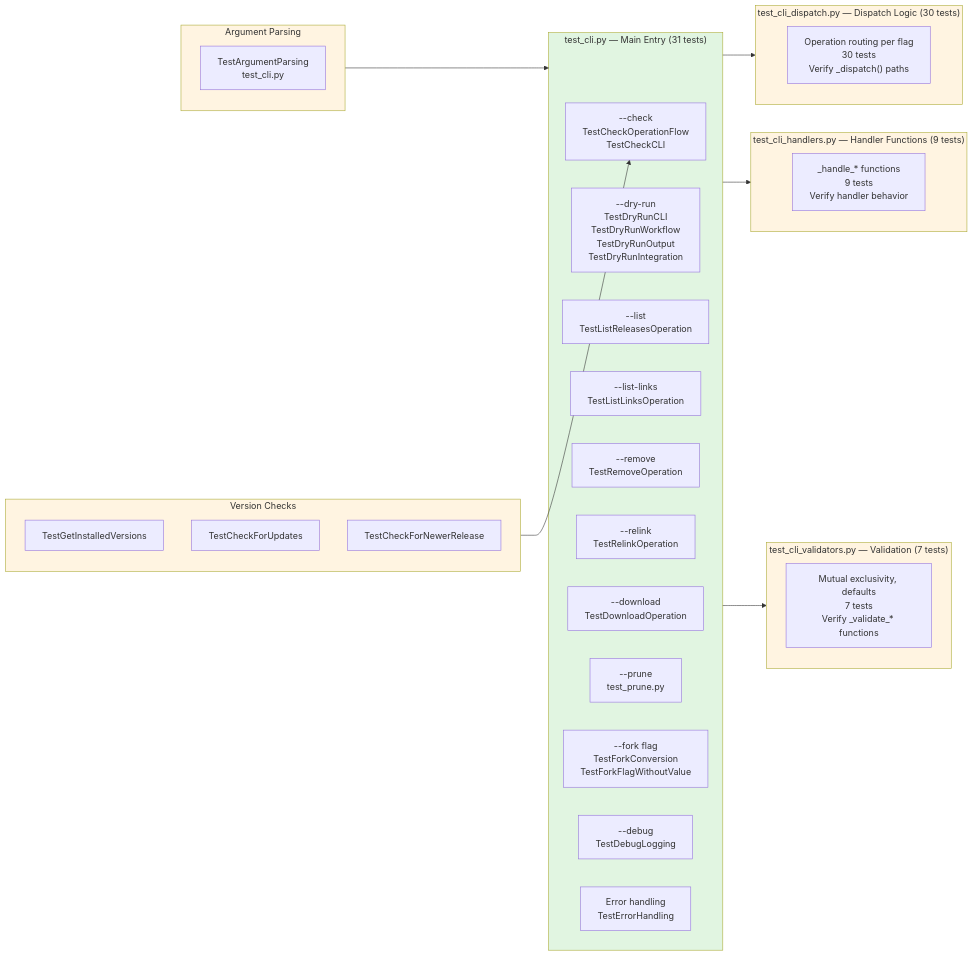
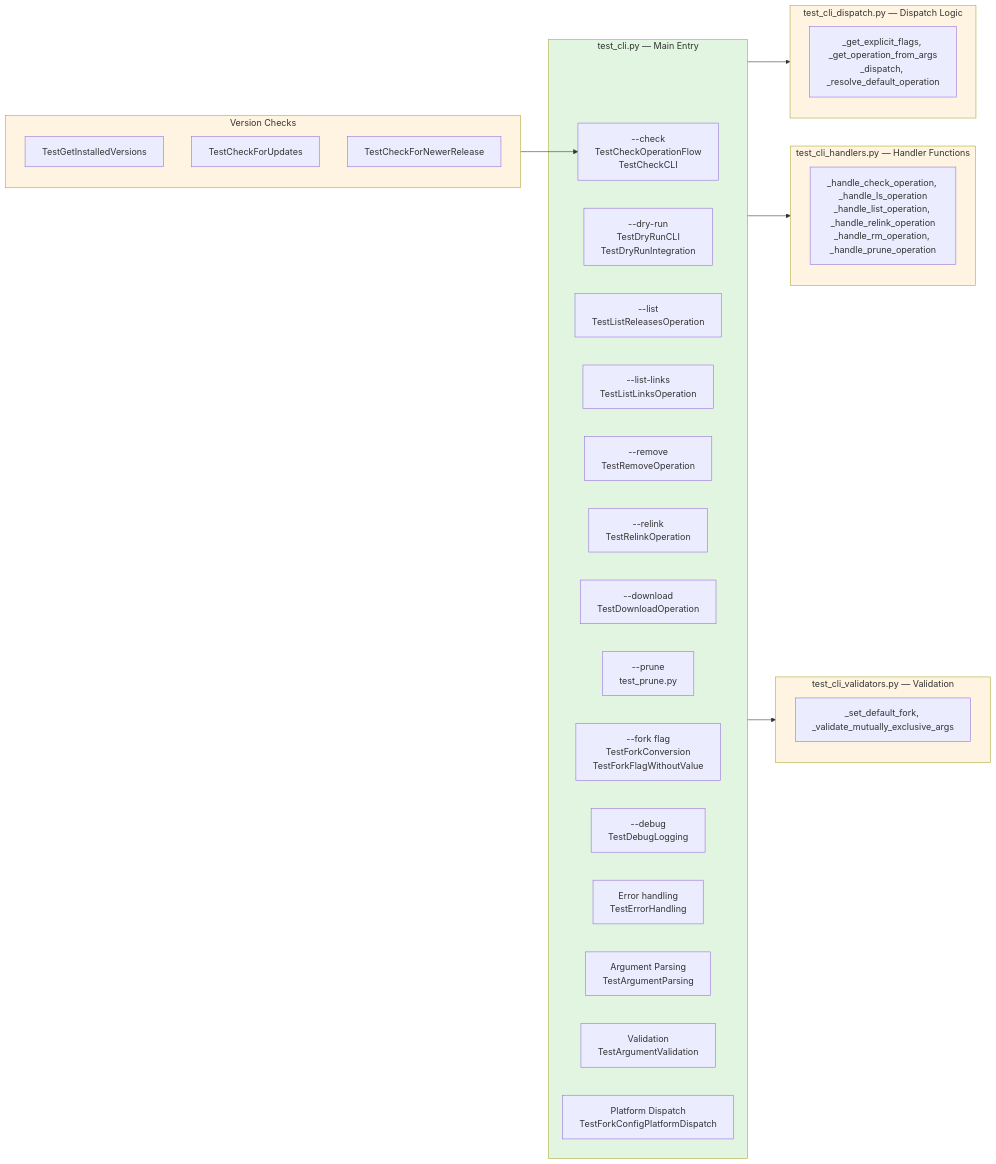
Before and after one commit to WombatFromHell/protonge-fetcher: the ninth of 16 diagrams in tests/TEST_DESIGN.md, drawn with Mermaid. The commit also changed other lines of this file and 1 other file, not shown here.

````diff
--- a/tests/TEST_DESIGN.md
+++ b/tests/TEST_DESIGN.md
@@ -397,51 +400,48 @@
 ```mermaid
 graph LR
-    subgraph CLI_MAIN["test_cli.py — Main Entry (31 tests)"]
+    subgraph CLI_MAIN["test_cli.py — Main Entry"]
         OP_CHECK["--check<br/>TestCheckOperationFlow<br/>TestCheckCLI"]
-        OP_DRYRUN["--dry-run<br/>TestDryRunCLI<br/>TestDryRunWorkflow<br/>TestDryRunOutput<br/>TestDryRunIntegration"]
+        OP_DRYRUN["--dry-run<br/>TestDryRunCLI<br/>TestDryRunIntegration"]
         OP_LIST["--list<br/>TestListReleasesOperation"]
         OP_LINKS["--list-links<br/>TestListLinksOperation"]
         OP_REMOVE["--remove<br/>TestRemoveOperation"]
         OP_RELINK["--relink<br/>TestRelinkOperation"]
         OP_DOWNLOAD["--download<br/>TestDownloadOperation"]
         OP_PRUNE["--prune<br/>test_prune.py"]
         OP_FORK["--fork flag<br/>TestForkConversion<br/>TestForkFlagWithoutValue"]
         OP_DEBUG["--debug<br/>TestDebugLogging"]
         OP_ERROR["Error handling<br/>TestErrorHandling"]
+        OP_PARSE["Argument Parsing<br/>TestArgumentParsing"]
+        OP_VALID["Validation<br/>TestArgumentValidation"]
+        OP_PLATFORM["Platform Dispatch<br/>TestForkConfigPlatformDispatch"]
     end
 
-    subgraph CLI_DISPATCH["test_cli_dispatch.py — Dispatch Logic (30 tests)"]
-        DD["Operation routing per flag<br/>30 tests<br/>Verify _dispatch() paths"]
+    subgraph CLI_DISPATCH["test_cli_dispatch.py — Dispatch Logic"]
+        DD["_get_explicit_flags, _get_operation_from_args<br/>_dispatch, _resolve_default_operation"]
     end
 
-    subgraph CLI_HANDLERS["test_cli_handlers.py — Handler Functions (9 tests)"]
-        DH["_handle_* functions<br/>9 tests<br/>Verify handler behavior"]
+    subgraph CLI_HANDLERS["test_cli_handlers.py — Handler Functions"]
+        DH["_handle_check_operation, _handle_ls_operation<br/>_handle_list_operation, _handle_relink_operation<br/>_handle_rm_operation, _handle_prune_operation"]
     end
 
-    subgraph CLI_VALIDATORS["test_cli_validators.py — Validation (7 tests)"]
-        DV["Mutual exclusivity, defaults<br/>7 tests<br/>Verify _validate_* functions"]
-    end
-
-    subgraph PARSING["Argument Parsing"]
-        PARSE["TestArgumentParsing<br/>test_cli.py"]
+    subgraph CLI_VALIDATORS["test_cli_validators.py — Validation"]
+        DV["_set_default_fork, _validate_mutually_exclusive_args"]
     end
 
     subgraph VERSIONS["Version Checks"]
         INSTALLED["TestGetInstalledVersions"]
         UPDATES["TestCheckForUpdates"]
         NEWER["TestCheckForNewerRelease"]
     end
 
-    PARSING --> CLI_MAIN
-    VERSIONS --> OP_CHECK
     CLI_MAIN --> CLI_DISPATCH
     CLI_MAIN --> CLI_HANDLERS
     CLI_MAIN --> CLI_VALIDATORS
+    VERSIONS --> OP_CHECK
 
     style CLI_MAIN fill:#e1f5e1
     style CLI_DISPATCH fill:#fff4e1
     style CLI_HANDLERS fill:#fff4e1
     style CLI_VALIDATORS fill:#fff4e1
-    style PARSING fill:#fff4e1
     style VERSIONS fill:#fff4e1
 ```
````
